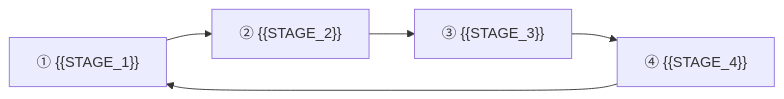
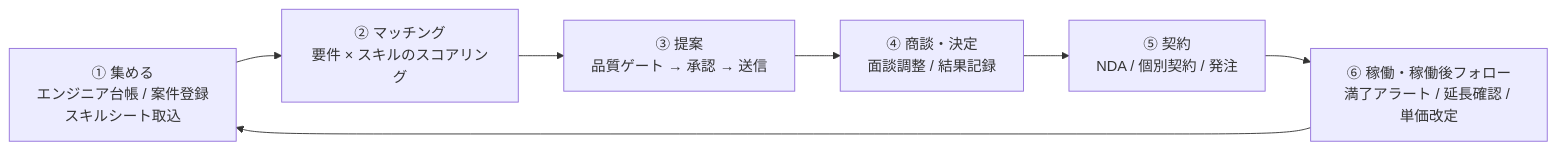
One commit to Festal-KM/SES-Platform changed the diagram in CLAUDE.md. Above: the diagram before and after it, drawn with Mermaid. The commit also changed other lines of this file and 2 other files, not shown here.

````diff
--- a/CLAUDE.md
+++ b/CLAUDE.md
@@ -97,7 +36,9 @@
 ```mermaid
 flowchart LR
-  A["① {{STAGE_1}}"] --> B["② {{STAGE_2}}"]
-  B --> C["③ {{STAGE_3}}"]
-  C --> D["④ {{STAGE_4}}"]
-  D --> A
+  A["① 集める<br/>エンジニア台帳 / 案件登録<br/>スキルシート取込"] --> B["② マッチング<br/>要件 × スキルのスコアリング"]
+  B --> C["③ 提案<br/>品質ゲート → 承認 → 送信"]
+  C --> D["④ 商談・決定<br/>面談調整 / 結果記録"]
+  D --> E["⑤ 契約<br/>NDA / 個別契約 / 発注"]
+  E --> F["⑥ 稼働・稼働後フォロー<br/>満了アラート / 延長確認 / 単価改定"]
+  F --> A
 ```
````
